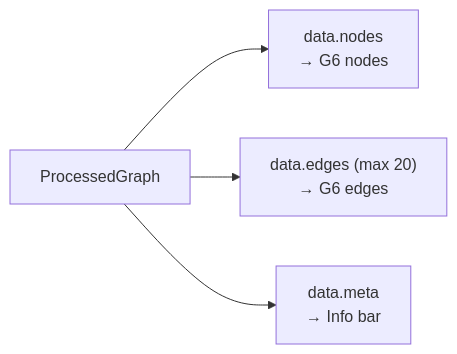
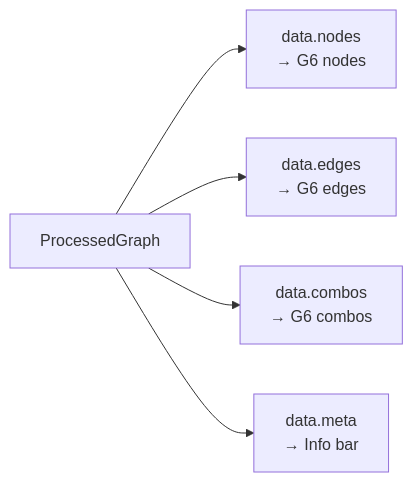
The second of 6 diagrams in docs/frontend/views.md (fisher-89/dependency-cruiser-reporter), drawn with Mermaid before and after one commit. The commit also changed other lines of this file and 12 other files, not shown here.

````diff
--- a/docs/frontend/views.md
+++ b/docs/frontend/views.md
@@ -32,6 +36,7 @@
 ```mermaid
 flowchart LR
     Data["ProcessedGraph"] --> Nodes["data.nodes\n→ G6 nodes"]
-    Data --> Edges["data.edges (max 20)\n→ G6 edges"]
+    Data --> Edges["data.edges\n→ G6 edges"]
+    Data --> Combos["data.combos\n→ G6 combos"]
     Data --> Meta["data.meta\n→ Info bar"]
 ```
````
